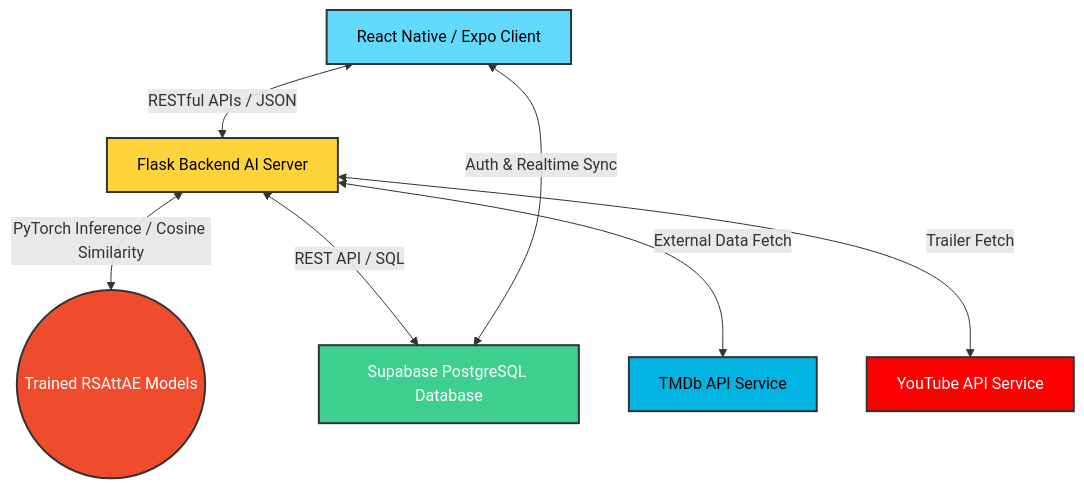
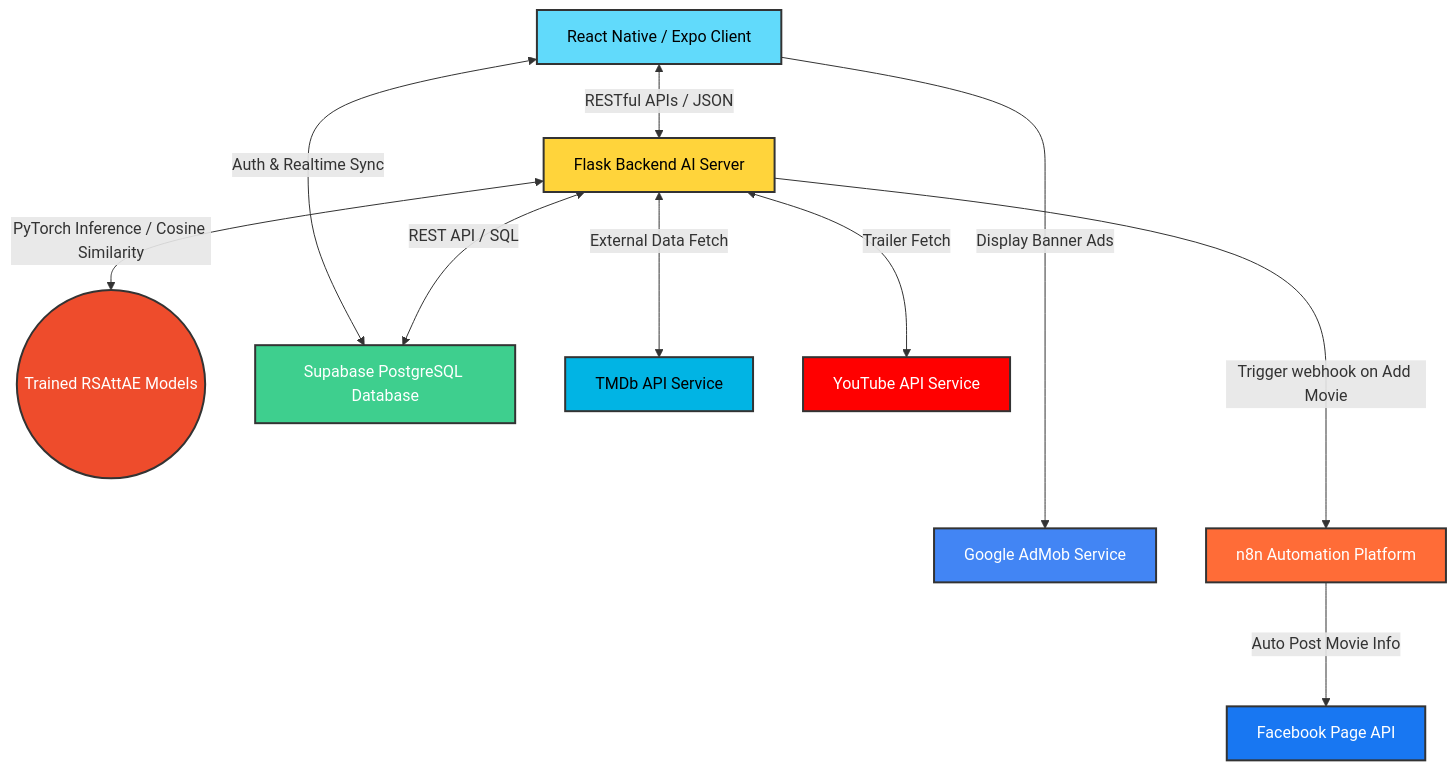
Before and after one commit to HoangBao29/TMA_solutions: the diagram in Chuong_1_Gioi_thieu.md, drawn with Mermaid. The commit also changed other lines of this file and 10 other files, not shown here.

````diff
--- a/Chuong_1_Gioi_thieu.md
+++ b/Chuong_1_Gioi_thieu.md
@@ -76,16 +68,23 @@
 ```mermaid
 graph TD
     A[React Native / Expo Client] <-->|RESTful APIs / JSON| B[Flask Backend AI Server]
     B <-->|PyTorch Inference / Cosine Similarity| C((Trained RSAttAE Models))
     B <-->|REST API / SQL| D[Supabase PostgreSQL Database]
     B <-->|External Data Fetch| E[TMDb API Service]
     B <-->|Trailer Fetch| F[YouTube API Service]
     A <-->|Auth & Realtime Sync| D
     
+    A ---->|Display Banner Ads| G[Google AdMob Service]
+    B --->|Trigger webhook on Add Movie| H[n8n Automation Platform]
+    H --->|Auto Post Movie Info| I[Facebook Page API]
+    
     style A fill:#61dafb,stroke:#333,stroke-width:2px,color:#000
     style B fill:#ffd43b,stroke:#333,stroke-width:2px,color:#000
     style C fill:#ee4c2c,stroke:#333,stroke-width:2px,color:#fff
     style D fill:#3ecf8e,stroke:#333,stroke-width:2px,color:#fff
     style E fill:#01b4e4,stroke:#333,stroke-width:2px,color:#000
     style F fill:#ff0000,stroke:#333,stroke-width:2px,color:#fff
+    style G fill:#4285F4,stroke:#333,stroke-width:2px,color:#fff
+    style H fill:#FF6C37,stroke:#333,stroke-width:2px,color:#fff
+    style I fill:#1877F2,stroke:#333,stroke-width:2px,color:#fff
 ```
````
